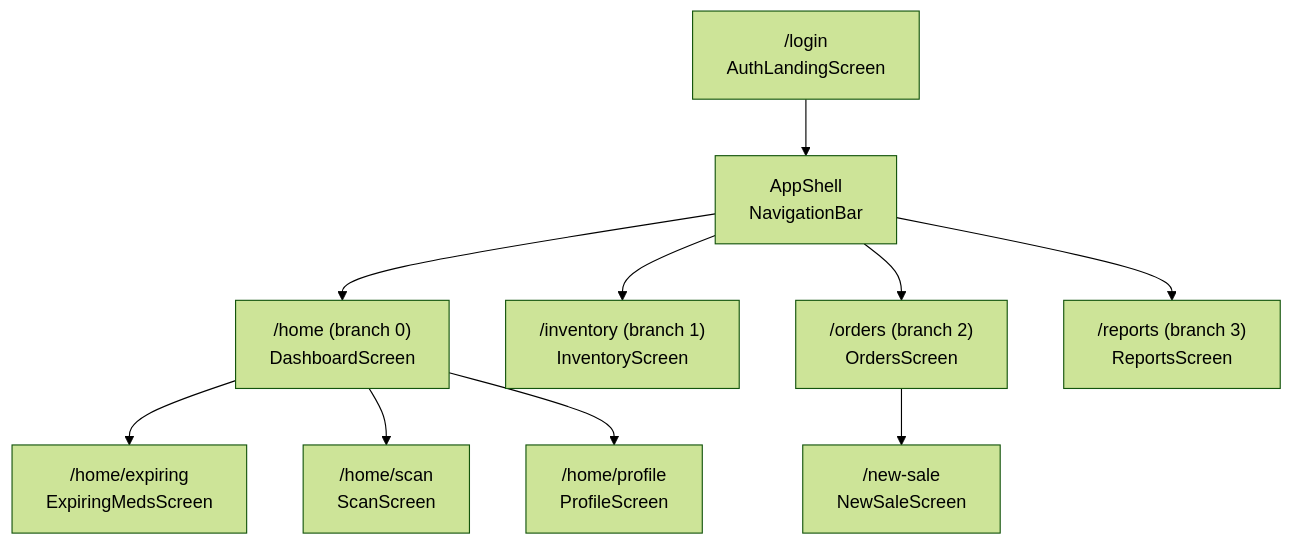
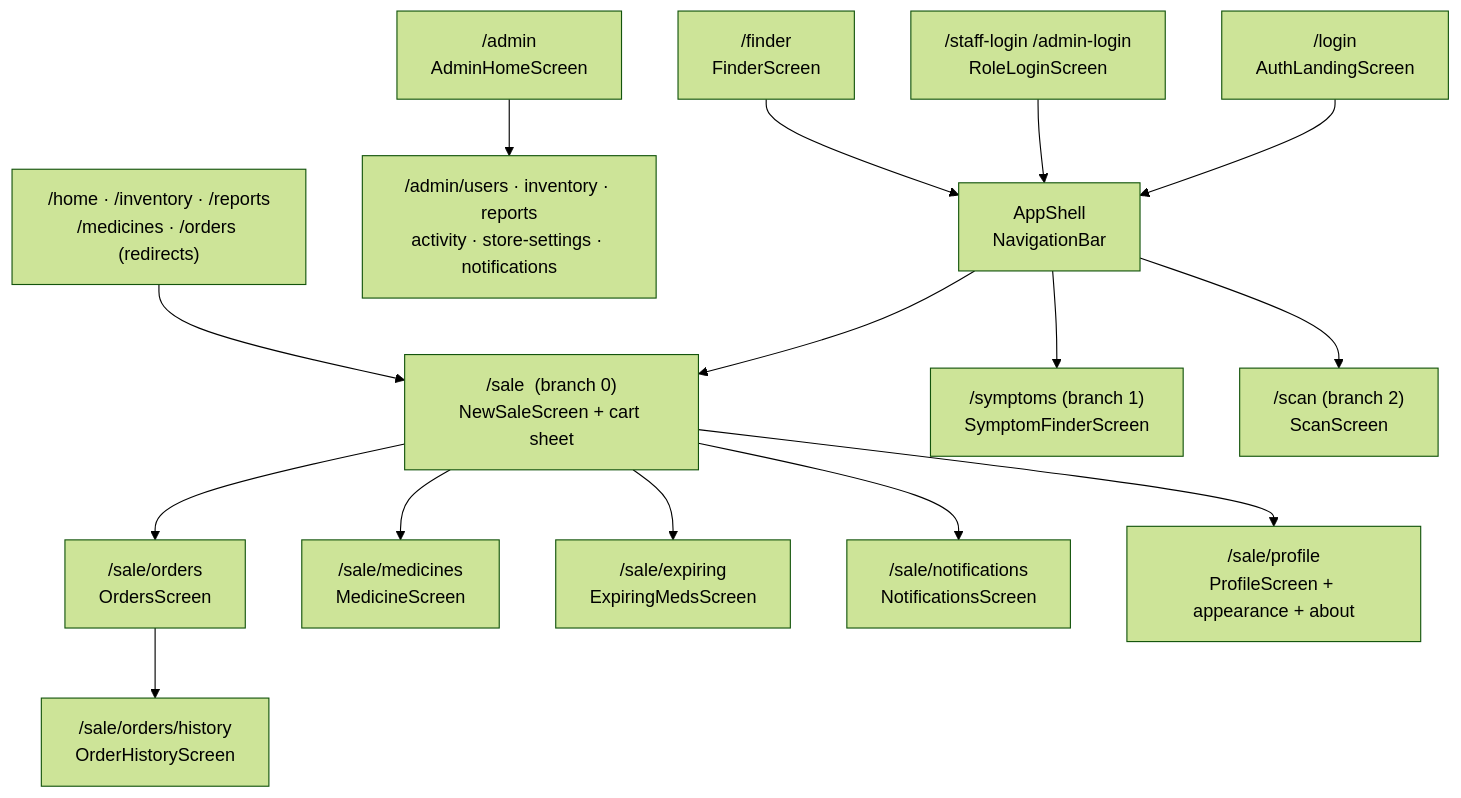
One commit to adriantoque/pharma-app changed the third of 5 diagrams in docs/architecture.md. Above: the diagram before and after it, drawn with Mermaid (forest theme). The commit also changed other lines of this file and 25 other files, not shown here.

````diff
--- a/docs/architecture.md
+++ b/docs/architecture.md
@@ -256,27 +268,38 @@
 ```mermaid
 graph TD
   login["/login<br/>AuthLandingScreen"]
+  staff["/staff-login /admin-login<br/>RoleLoginScreen"]
   shell["AppShell<br/>NavigationBar"]
 
-  home["/home  (branch 0)<br/>DashboardScreen"]
-  expiring["/home/expiring<br/>ExpiringMedsScreen"]
-  scan["/home/scan<br/>ScanScreen"]
-  profile["/home/profile<br/>ProfileScreen"]
+  sale["/sale  (branch 0)<br/>NewSaleScreen + cart sheet"]
+  orders["/sale/orders<br/>OrdersScreen"]
+  history["/sale/orders/history<br/>OrderHistoryScreen"]
+  medicines["/sale/medicines<br/>MedicineScreen"]
+  expiring["/sale/expiring<br/>ExpiringMedsScreen"]
+  notifications["/sale/notifications<br/>NotificationsScreen"]
+  profile["/sale/profile<br/>ProfileScreen + appearance + about"]
 
-  inv["/inventory  (branch 1)<br/>InventoryScreen"]
+  symptoms["/symptoms  (branch 1)<br/>SymptomFinderScreen"]
+  scan["/scan  (branch 2)<br/>ScanScreen"]
 
-  orders["/orders  (branch 2)<br/>OrdersScreen"]
-  newsale["/new-sale<br/>NewSaleScreen"]
+  admin["/admin<br/>AdminHomeScreen"]
+  adminRoutes["/admin/users · inventory · reports<br/>activity · store-settings · notifications"]
 
-  reports["/reports  (branch 3)<br/>ReportsScreen"]
+  finder["/finder<br/>FinderScreen"]
+  legacy["/home · /inventory · /reports<br/>/medicines · /orders (redirects)"]
 
   login --> shell
-  shell --> home
-  shell --> inv
-  shell --> orders
-  shell --> reports
-  home --> expiring
-  home --> scan
-  home --> profile
-  orders --> newsale
+  staff --> shell
+  shell --> sale
+  shell --> symptoms
+  shell --> scan
+  finder --> shell
+  sale --> orders
+  orders --> history
+  sale --> medicines
+  sale --> expiring
+  sale --> notifications
+  sale --> profile
+  legacy --> sale
+  admin --> adminRoutes
 ```
````
